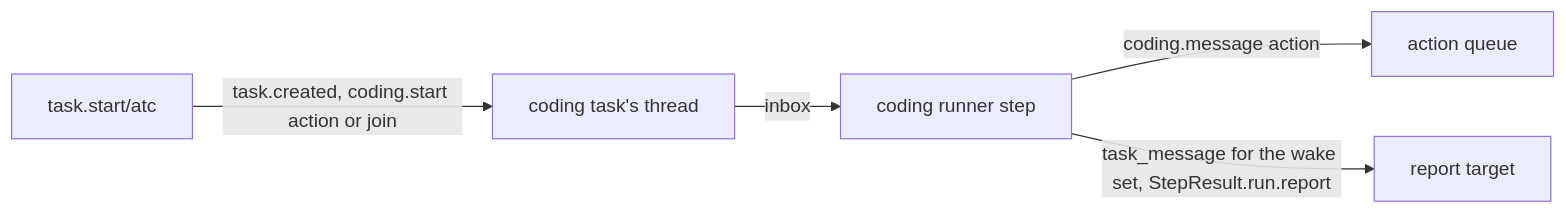
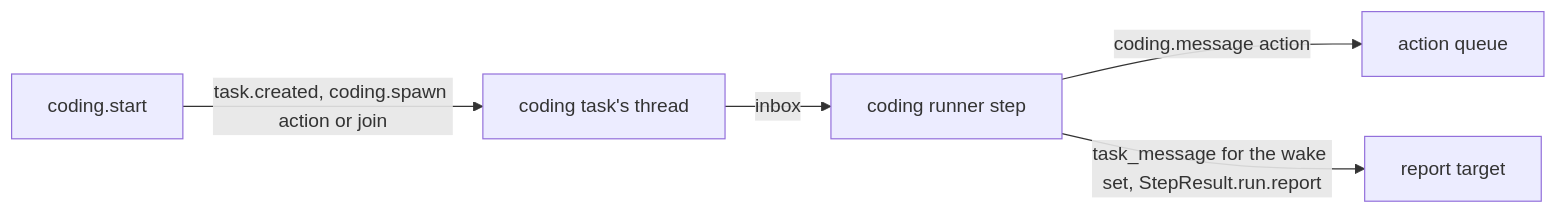
Before and after one commit to zgeoff/nixie: the diagram in docs/design/queue/coding-session-runner/runner.md, drawn with Mermaid. The commit also changed other lines of this file and 96 other files, not shown here.

First line of the commit message:
feat(coding): start coding sessions from their own coding.start tool (#1482)

````diff
--- a/docs/design/queue/coding-session-runner/runner.md
+++ b/docs/design/queue/coding-session-runner/runner.md
@@ -18,7 +18,7 @@
 ```mermaid
 flowchart LR
-  start[task.start/atc] -->|"task.created, coding.start action or join"| thread[coding task's thread]
+  start[coding.start] -->|"task.created, coding.spawn action or join"| thread[coding task's thread]
   thread -->|inbox| step[coding runner step]
   step -->|"coding.message action"| queue[action queue]
   step -->|"task_message for the wake set, StepResult.run.report"| target[report target]
 ```
````
